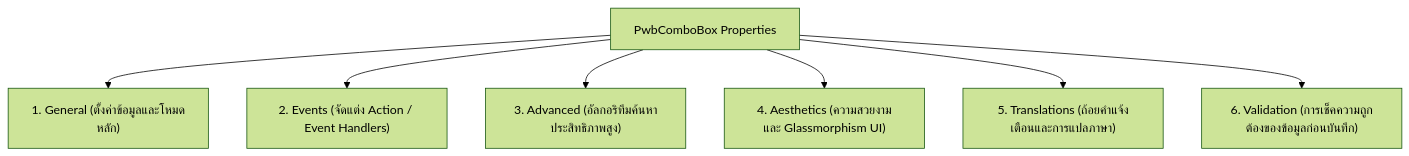
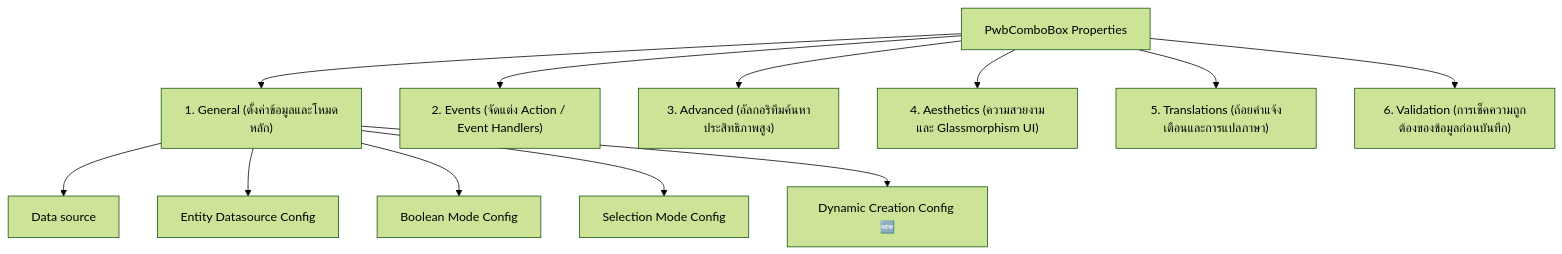
The diagram in pwbComboBox/Doc/widget_properties_guide.md (Lapat1560700104/Customize-mendix-widget-pwb-antigravity), drawn with Mermaid (forest theme) before and after one commit. The commit also changed other lines of this file and 1 other file, not shown here.

````diff
--- a/pwbComboBox/Doc/widget_properties_guide.md
+++ b/pwbComboBox/Doc/widget_properties_guide.md
@@ -11,9 +11,14 @@
 ```mermaid
 graph TD
     Widget[PwbComboBox Properties] --> Tab1["1. General (ตั้งค่าข้อมูลและโหมดหลัก)"]
     Widget --> Tab2["2. Events (จัดแต่ง Action / Event Handlers)"]
     Widget --> Tab3["3. Advanced (อัลกอริทึมค้นหาประสิทธิภาพสูง)"]
     Widget --> Tab4["4. Aesthetics (ความสวยงามและ Glassmorphism UI)"]
     Widget --> Tab5["5. Translations (ถ้อยคำแจ้งเตือนและการแปลภาษา)"]
     Widget --> Tab6["6. Validation (การเช็คความถูกต้องของข้อมูลก่อนบันทึก)"]
+    Tab1 --> G1["Data source"]
+    Tab1 --> G2["Entity Datasource Config"]
+    Tab1 --> G3["Boolean Mode Config"]
+    Tab1 --> G4["Selection Mode Config"]
+    Tab1 --> G5["Dynamic Creation Config 🆕"]
 ```
````
